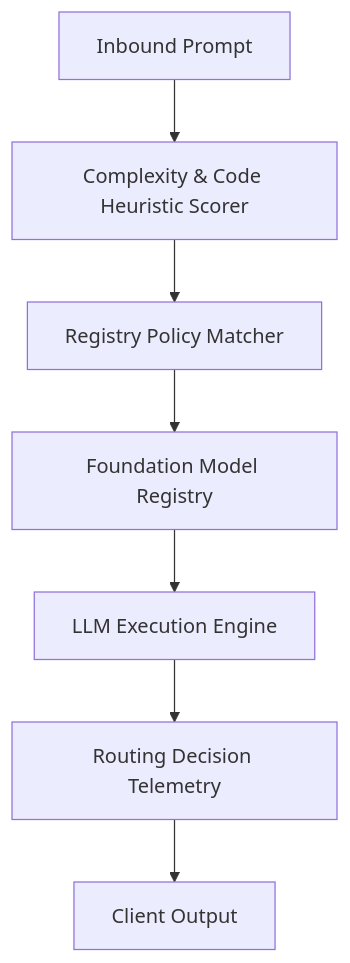
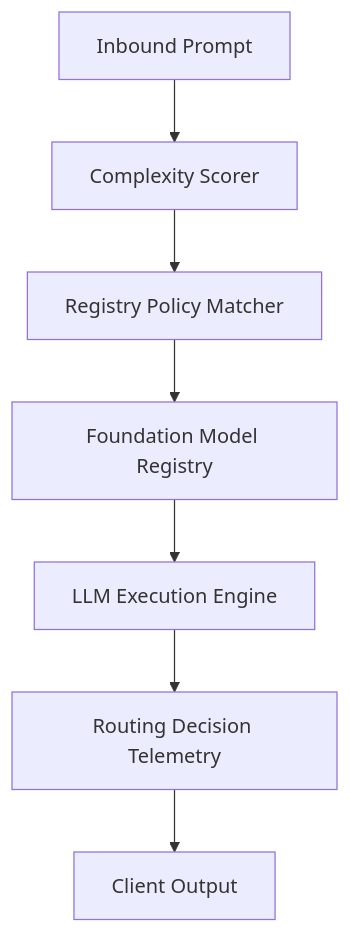
Before and after one commit to sricheru/agentic-ai-portfolio: diagram 15 of 20 in genai_enterprise_usecases/ARCHITECTURE_GUIDE.md, drawn with Mermaid. The commit also changed other lines of this file, not shown here.

Commit message:
fix(mermaid): switch to pure flowchart TD and remove label collisions

````diff
--- a/genai_enterprise_usecases/ARCHITECTURE_GUIDE.md
+++ b/genai_enterprise_usecases/ARCHITECTURE_GUIDE.md
@@ -336,9 +335,9 @@
 ```mermaid
-graph TD
-    Prompt["Inbound Prompt"] --> Scorer["Complexity & Code Heuristic Scorer"]
-    Scorer --> Matcher["Registry Policy Matcher"]
-    Matcher --> Registry["Foundation Model Registry"]
-    Registry --> ExecutionEngine["LLM Execution Engine"]
-    ExecutionEngine --> DecisionLogger["Routing Decision Telemetry"]
-    DecisionLogger --> OutputResponse["Client Output"]
+flowchart TD
+    Prompt[Inbound Prompt] --> Scorer[Complexity Scorer]
+    Scorer --> Matcher[Registry Policy Matcher]
+    Matcher --> Registry[Foundation Model Registry]
+    Registry --> ExecutionEngine[LLM Execution Engine]
+    ExecutionEngine --> DecisionLogger[Routing Decision Telemetry]
+    DecisionLogger --> OutputResponse[Client Output]
 ```
````
